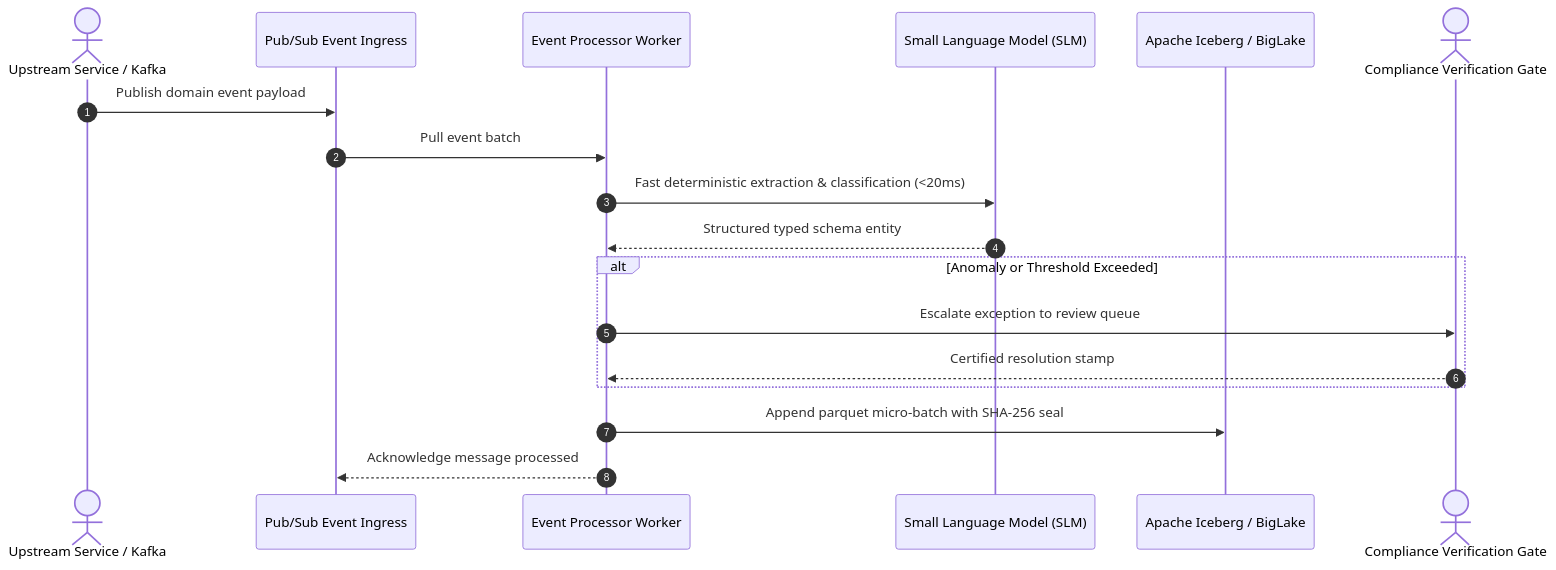
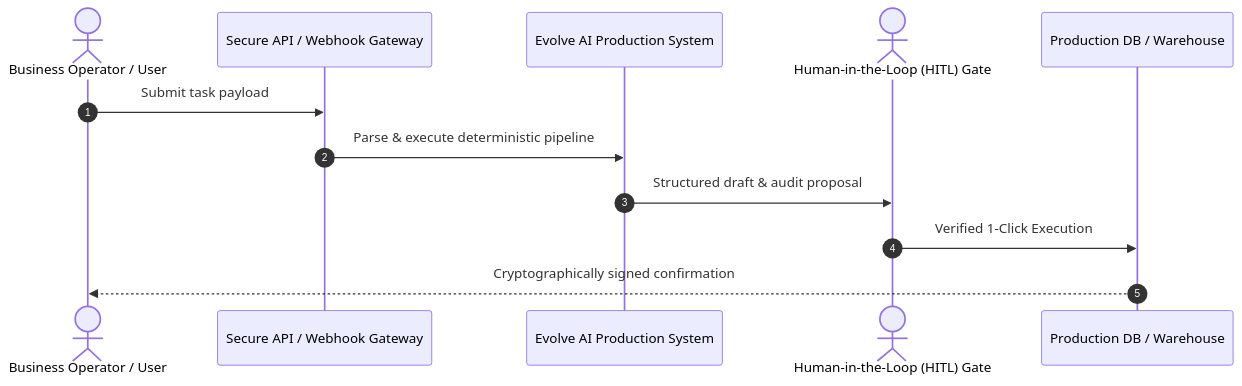
The diagram in docs/WORKFLOW_TOPOLOGY.md (EvolveMinds/codeforge-ai-vscode), drawn with Mermaid before and after one commit. The commit also changed 80 other files, not shown here.

````diff
--- a/docs/WORKFLOW_TOPOLOGY.md
+++ b/docs/WORKFLOW_TOPOLOGY.md
@@ -4,21 +4,15 @@
 ```mermaid
 sequenceDiagram
     autonumber
-    actor Producer as Upstream Service / Kafka
-    participant Queue as Pub/Sub Event Ingress
-    participant Worker as Event Processor Worker
-    participant Model as Small Language Model (SLM)
-    participant Lake as Apache Iceberg / BigLake
-    actor Audit as Compliance Verification Gate
+    actor Operator as Business Operator / User
+    participant Ingest as Secure API / Webhook Gateway
+    participant Agent as Evolve AI Production System
+    actor Supervisor as Human-in-the-Loop (HITL) Gate
+    participant Target as Production DB / Warehouse
     
-    Producer->>Queue: Publish domain event payload
-    Queue->>Worker: Pull event batch
-    Worker->>Model: Fast deterministic extraction & classification (<20ms)
-    Model-->>Worker: Structured typed schema entity
-    alt Anomaly or Threshold Exceeded
-        Worker->>Audit: Escalate exception to review queue
-        Audit-->>Worker: Certified resolution stamp
-    end
-    Worker->>Lake: Append parquet micro-batch with SHA-256 seal
-    Worker-->>Queue: Acknowledge message processed
+    Operator->>Ingest: Submit task payload
+    Ingest->>Agent: Parse & execute deterministic pipeline
+    Agent->>Supervisor: Structured draft & audit proposal
+    Supervisor->>Target: Verified 1-Click Execution
+    Target-->>Operator: Cryptographically signed confirmation
 ```
````
